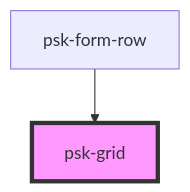
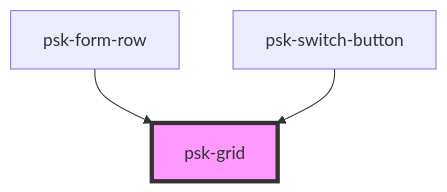
One commit to daniel-visoiu/cardinal changed the diagram in src/components/psk-grid/readme.md. Above: the diagram before and after it, drawn with Mermaid. The commit also changed other lines of this file and 5 other files, not shown here.

Commit message:
Added psk-switch-button component

````diff
--- a/src/components/psk-grid/readme.md
+++ b/src/components/psk-grid/readme.md
@@ -23,5 +24,6 @@
 ```mermaid
 graph TD;
   psk-form-row --> psk-grid
+  psk-switch-button --> psk-grid
   style psk-grid fill:#f9f,stroke:#333,stroke-width:4px
 ```
````
